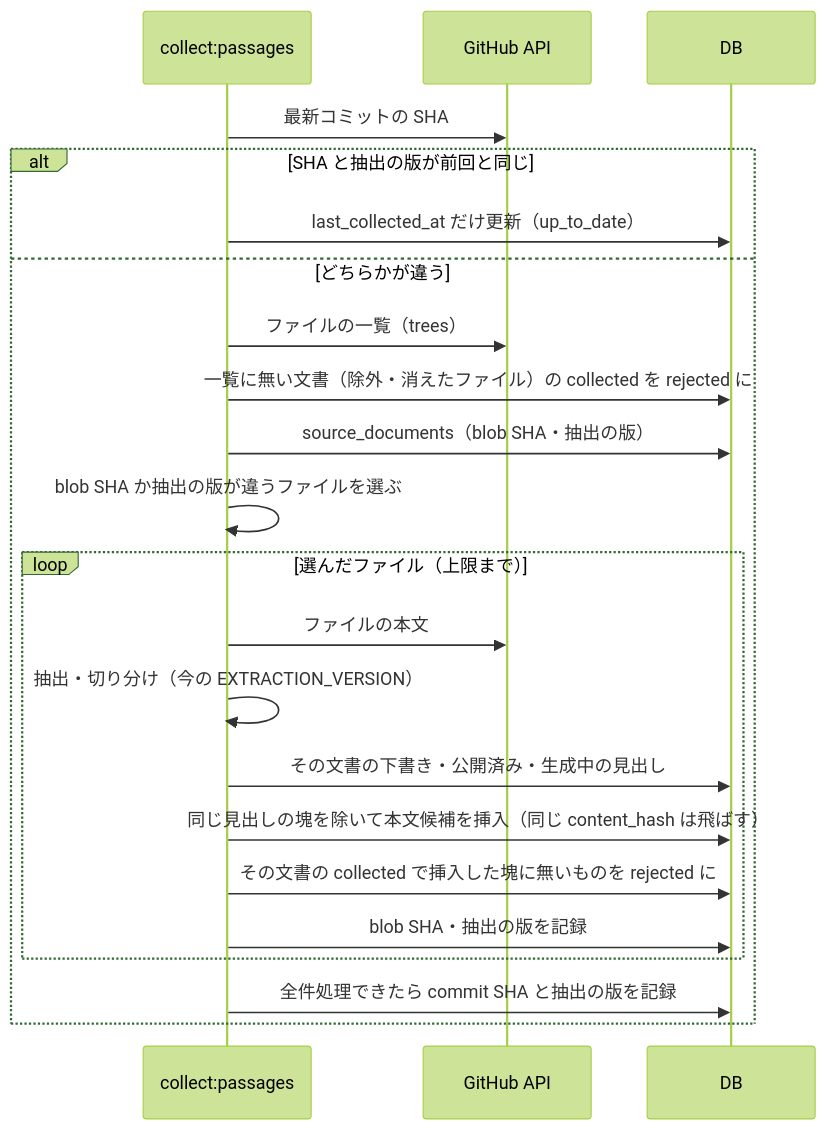
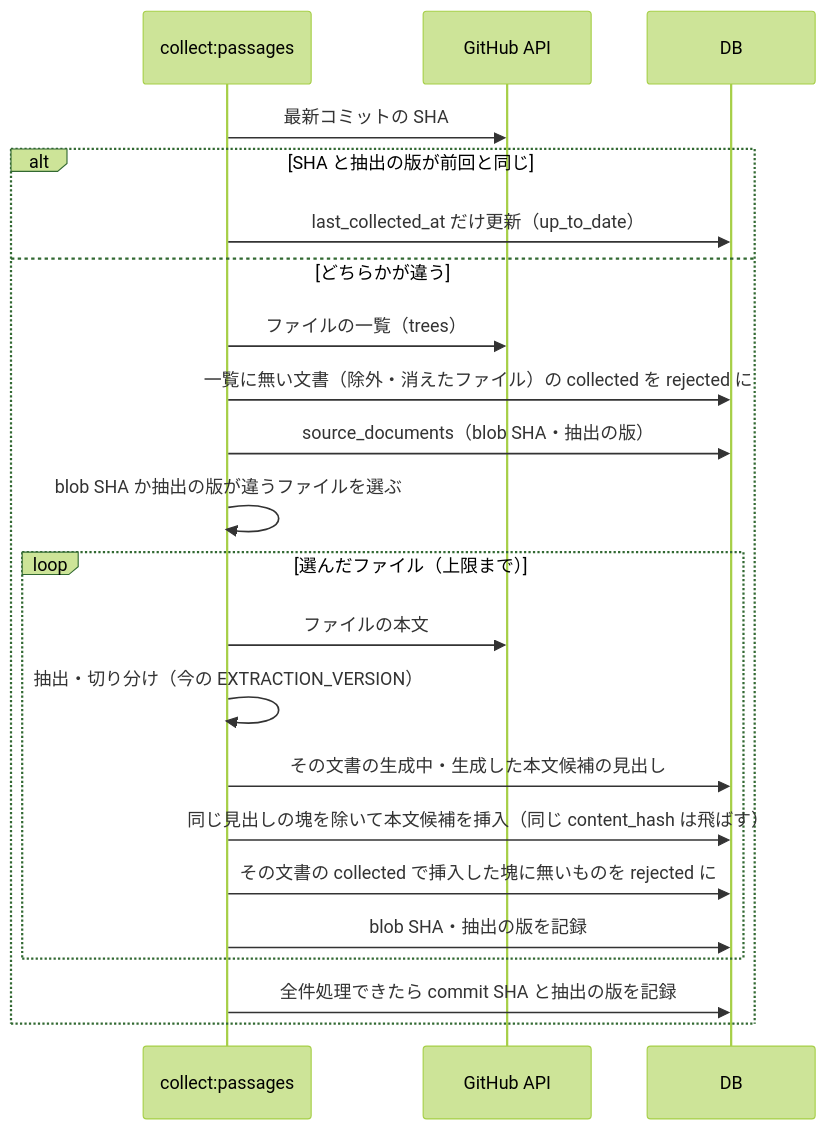
The second of 2 diagrams in docs/spec/passage-extraction-tuning/README.md (kentakki416/tech-english), drawn with Mermaid (forest theme) before and after one commit. The commit also changed other lines of this file and 12 other files, not shown here.

````diff
--- a/docs/spec/passage-extraction-tuning/README.md
+++ b/docs/spec/passage-extraction-tuning/README.md
@@ -305,25 +307,25 @@
 ```mermaid
 sequenceDiagram
     participant Cron as collect:passages
     participant GH as GitHub API
     participant DB as DB
 
     Cron->>GH: 最新コミットの SHA
     alt SHA と抽出の版が前回と同じ
         Cron->>DB: last_collected_at だけ更新（up_to_date）
     else どちらかが違う
         Cron->>GH: ファイルの一覧（trees）
         Cron->>DB: 一覧に無い文書（除外・消えたファイル）の collected を rejected に
         Cron->>DB: source_documents（blob SHA・抽出の版）
         Cron->>Cron: blob SHA か抽出の版が違うファイルを選ぶ
         loop 選んだファイル（上限まで）
             Cron->>GH: ファイルの本文
             Cron->>Cron: 抽出・切り分け（今の EXTRACTION_VERSION）
-            Cron->>DB: その文書の下書き・公開済み・生成中の見出し
+            Cron->>DB: その文書の生成中・生成した本文候補の見出し
             Cron->>DB: 同じ見出しの塊を除いて本文候補を挿入（同じ content_hash は飛ばす）
             Cron->>DB: その文書の collected で挿入した塊に無いものを rejected に
             Cron->>DB: blob SHA・抽出の版を記録
         end
         Cron->>DB: 全件処理できたら commit SHA と抽出の版を記録
     end
 ```
````
